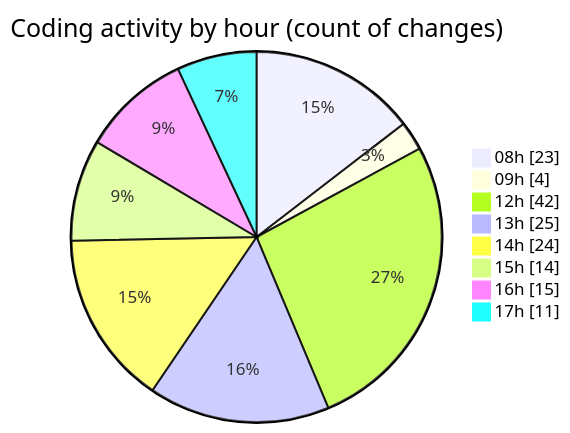
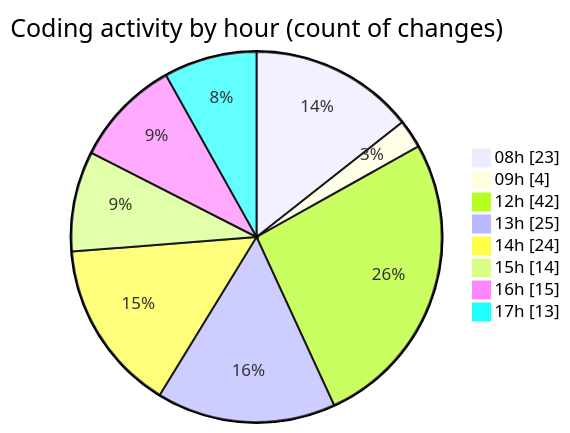
The second of 2 diagrams in 2026-06-02/cda/README.md (momahboobian/code-tracking), drawn with Mermaid before and after one commit. The commit also changed other lines of this file and 1 other file, not shown here.

````diff
--- a/2026-06-02/cda/README.md
+++ b/2026-06-02/cda/README.md
@@ -84,12 +84,12 @@
 ```mermaid
 pie showData
 title Coding activity by hour (count of changes)
 "08h" : 23
 "09h" : 4
 "12h" : 42
 "13h" : 25
 "14h" : 24
 "15h" : 14
 "16h" : 15
-"17h" : 11
+"17h" : 13
 ```
````
